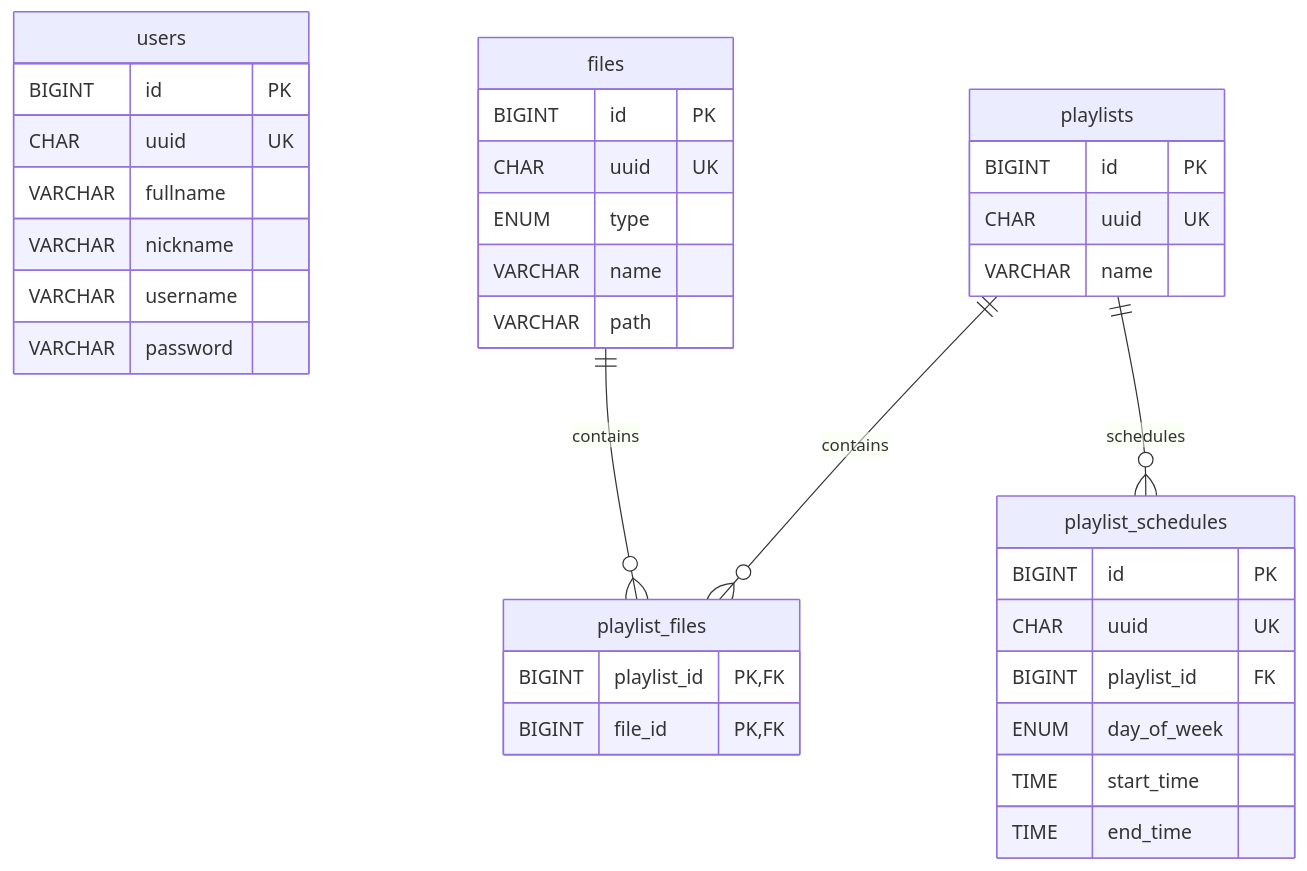
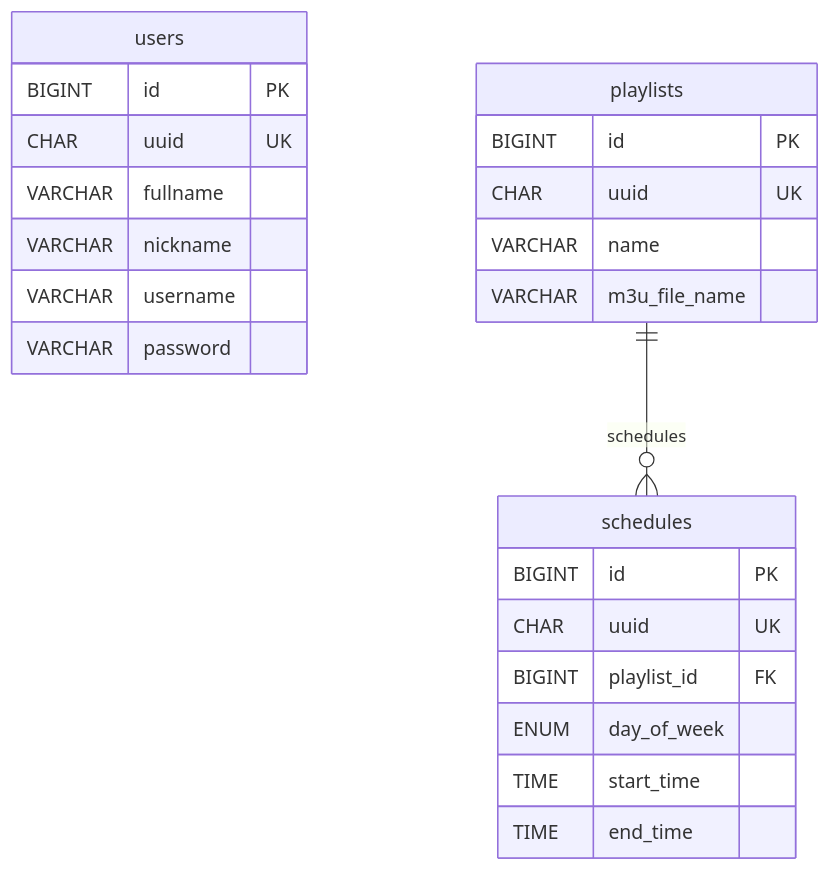
The diagram in docs/database-schema.md (ojgabrielleal/streamora), drawn with Mermaid before and after one commit. The commit also changed other lines of this file and 50 other files, not shown here.

Commit message:
feat: reestrutura playlists e schedules

````diff
--- a/docs/database-schema.md
+++ b/docs/database-schema.md
@@ -11,43 +11,29 @@
 ```mermaid
 erDiagram
     users {
         BIGINT id PK
         CHAR uuid UK
         VARCHAR fullname
         VARCHAR nickname
         VARCHAR username
         VARCHAR password
     }
 
     playlists {
         BIGINT id PK
         CHAR uuid UK
         VARCHAR name
+        VARCHAR m3u_file_name
     }
 
-    files {
-        BIGINT id PK
-        CHAR uuid UK
-        ENUM type
-        VARCHAR name
-        VARCHAR path
-    }
-
-    playlist_files {
-        BIGINT playlist_id PK, FK
-        BIGINT file_id PK, FK
-    }
-
-    playlist_schedules {
+    schedules {
         BIGINT id PK
         CHAR uuid UK
         BIGINT playlist_id FK
         ENUM day_of_week
         TIME start_time
         TIME end_time
     }
 
-    playlists ||--o{ playlist_files : contains
-    files ||--o{ playlist_files : contains
-    playlists ||--o{ playlist_schedules : schedules
+    playlists ||--o{ schedules : schedules
 ```
````
